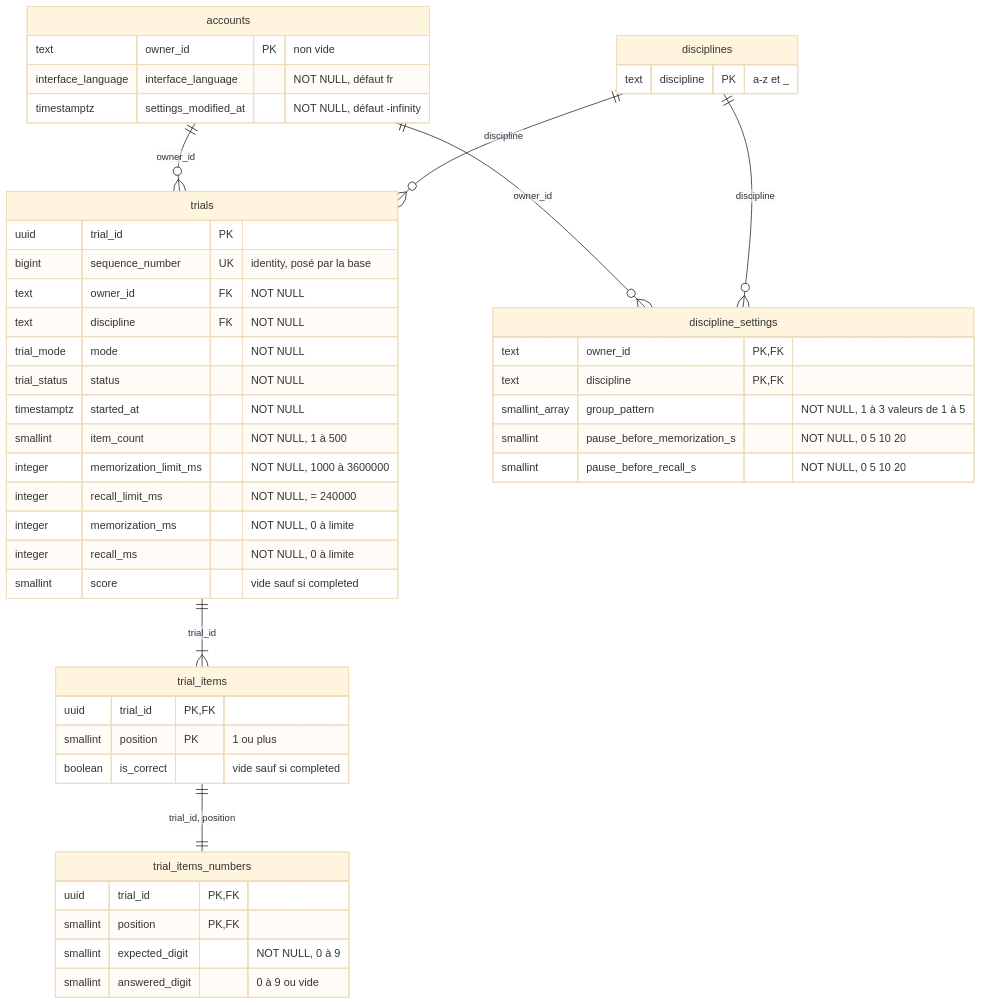
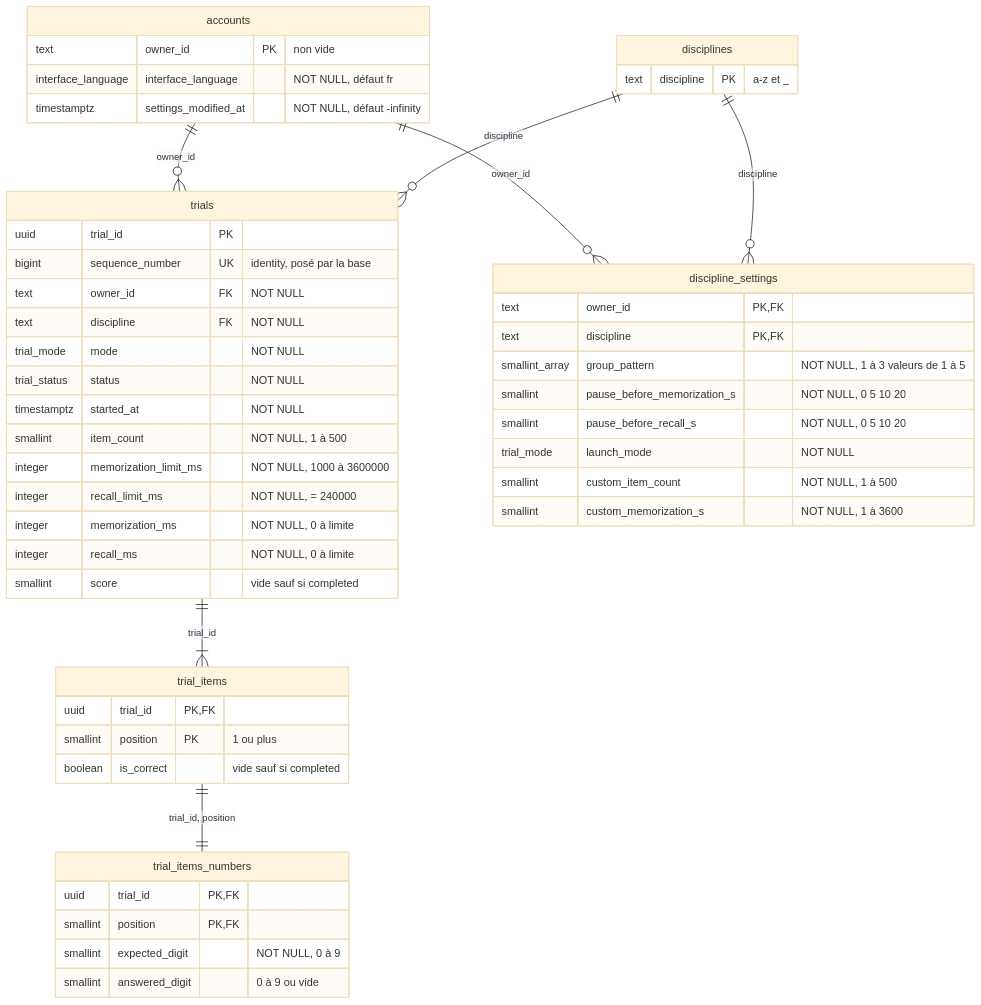
The diagram in docs/04-specifications/bdd/mpd.md (gabrielluthun/memory-trainer), drawn with Mermaid (base theme) before and after one commit. The commit also changed other lines of this file, not shown here.

Commit message:
docs(specs): add last launch settings to the physical model

````diff
--- a/docs/04-specifications/bdd/mpd.md
+++ b/docs/04-specifications/bdd/mpd.md
@@ -17,51 +17,54 @@
 ```mermaid
 erDiagram
     accounts ||--o{ trials : "owner_id"
     disciplines ||--o{ trials : "discipline"
     trials ||--|{ trial_items : "trial_id"
     trial_items ||--|| trial_items_numbers : "trial_id, position"
     accounts ||--o{ discipline_settings : "owner_id"
     disciplines ||--o{ discipline_settings : "discipline"
 
     accounts {
         text owner_id PK "non vide"
         interface_language interface_language "NOT NULL, défaut fr"
         timestamptz settings_modified_at "NOT NULL, défaut -infinity"
     }
     disciplines {
         text discipline PK "a-z et _"
     }
     trials {
         uuid trial_id PK
         bigint sequence_number UK "identity, posé par la base"
         text owner_id FK "NOT NULL"
         text discipline FK "NOT NULL"
         trial_mode mode "NOT NULL"
         trial_status status "NOT NULL"
         timestamptz started_at "NOT NULL"
         smallint item_count "NOT NULL, 1 à 500"
         integer memorization_limit_ms "NOT NULL, 1000 à 3600000"
         integer recall_limit_ms "NOT NULL, = 240000"
         integer memorization_ms "NOT NULL, 0 à limite"
         integer recall_ms "NOT NULL, 0 à limite"
         smallint score "vide sauf si completed"
     }
     trial_items {
         uuid trial_id PK, FK
         smallint position PK "1 ou plus"
         boolean is_correct "vide sauf si completed"
     }
     trial_items_numbers {
         uuid trial_id PK, FK
         smallint position PK, FK
         smallint expected_digit "NOT NULL, 0 à 9"
         smallint answered_digit "0 à 9 ou vide"
     }
     discipline_settings {
         text owner_id PK, FK
         text discipline PK, FK
         smallint_array group_pattern "NOT NULL, 1 à 3 valeurs de 1 à 5"
         smallint pause_before_memorization_s "NOT NULL, 0 5 10 20"
         smallint pause_before_recall_s "NOT NULL, 0 5 10 20"
+        trial_mode launch_mode "NOT NULL"
+        smallint custom_item_count "NOT NULL, 1 à 500"
+        smallint custom_memorization_s "NOT NULL, 1 à 3600"
     }
 ```
````
